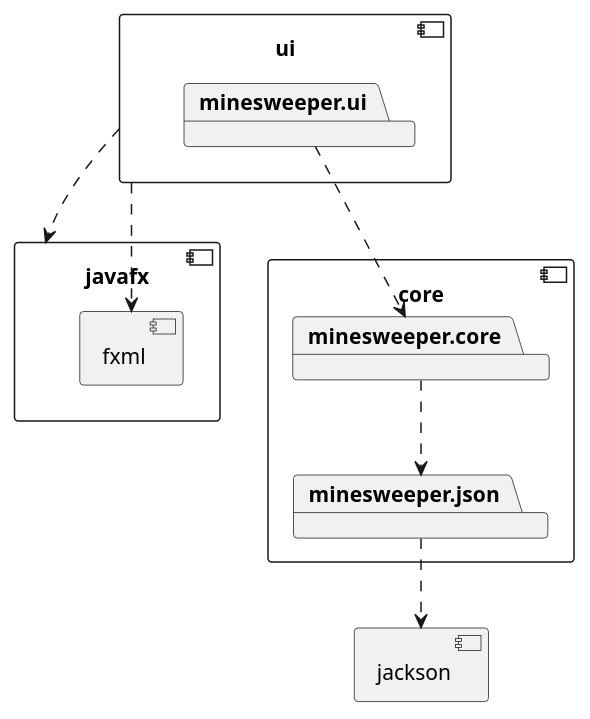
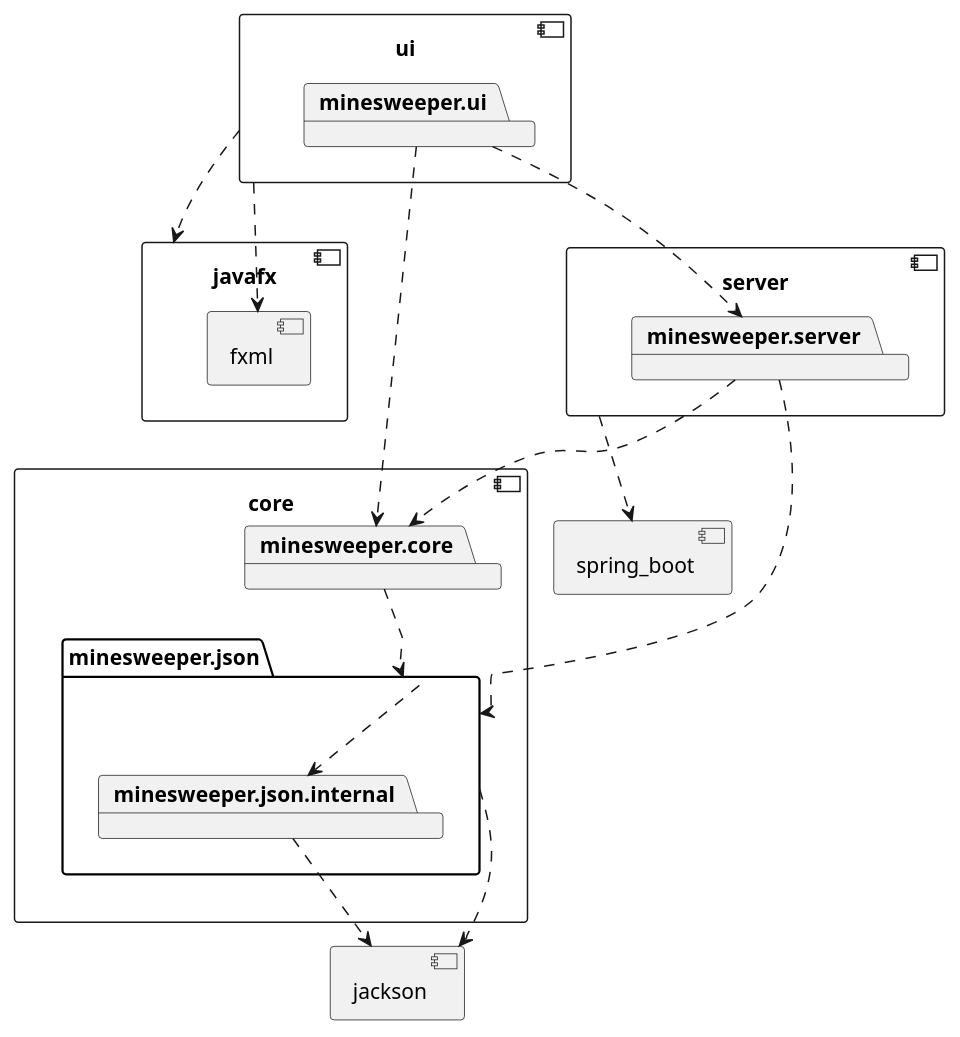
Before and after one commit to ErikMLysfjord/minesweeper: the diagram in minesweeper/architecture.puml, drawn with PlantUML.

Commit message:
docs: make puml file of the architecture
Updated the architecture overview

```diff
--- a/minesweeper/architecture.puml
+++ b/minesweeper/architecture.puml
@@ -1,29 +1,45 @@
 @startuml minesweeper
 
 component core {
 	package minesweeper.core
-  	package minesweeper.json
+	package minesweeper.json {
+	  package minesweeper.json.internal
+	}
 }
 
 minesweeper.core ..> minesweeper.json
+minesweeper.json ..> minesweeper.json.internal
+
 component jackson {
 }
+minesweeper.json ..> jackson
+minesweeper.json.internal ..> jackson
 
-minesweeper.json ..> jackson
+
+component server {
+  package minesweeper.server
+}
+
+minesweeper.server ..> minesweeper.core
+minesweeper.server ..> minesweeper.json
+
+component spring_boot {
+}
+server ..> spring_boot
 
 
 component ui {
 	package minesweeper.ui
 }
 
 minesweeper.ui ..> minesweeper.core
+minesweeper.ui ..> minesweeper.server
 
 component javafx {
 	component fxml {
 	}
 }
-
 ui ..> javafx
 ui ..> fxml
 
 @enduml
```
